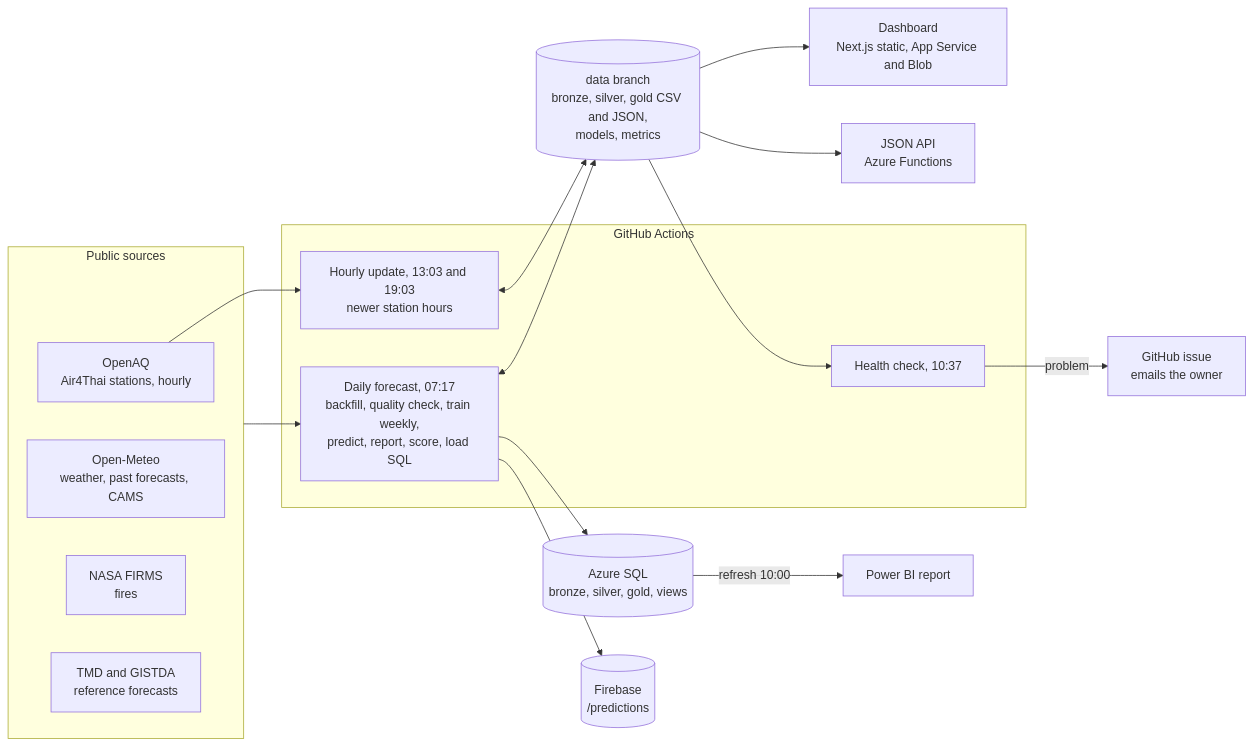
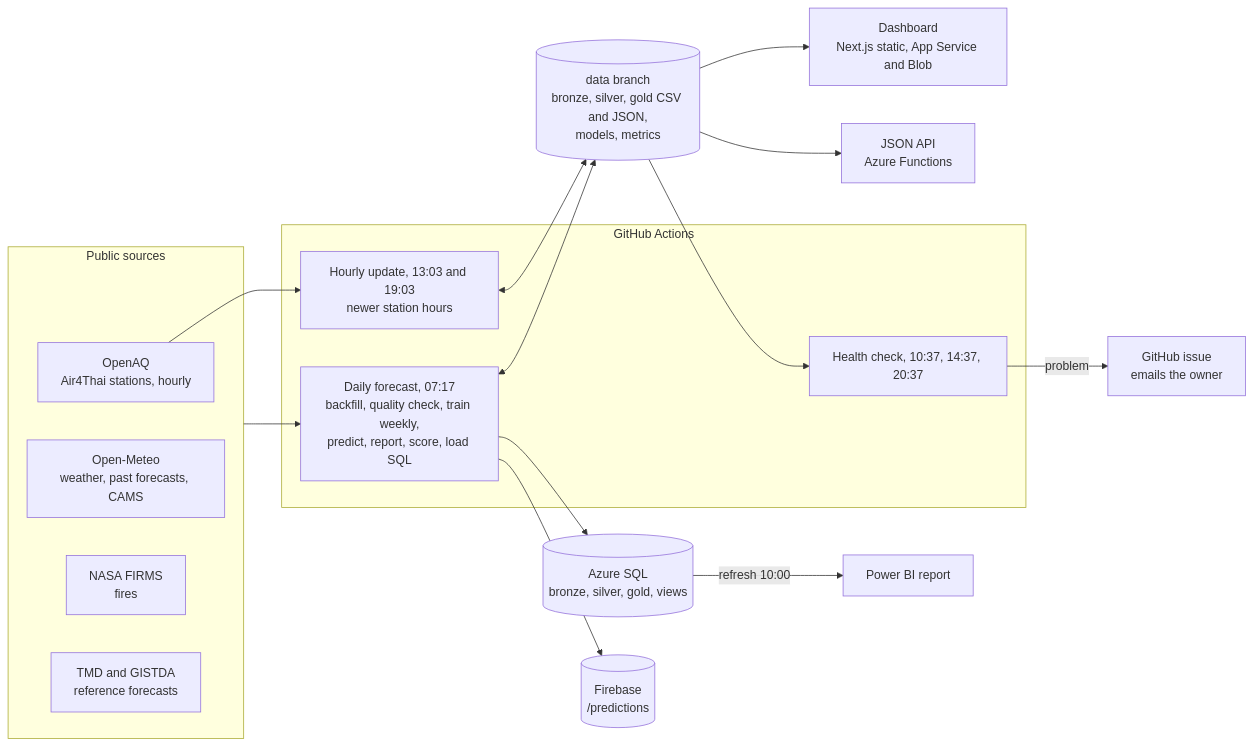
One commit to Putinun-te/Temp_PM25_Predict changed the diagram in README.md. Above: the diagram before and after it, drawn with Mermaid. The commit also changed other lines of this file and 12 other files, not shown here.

````diff
--- a/README.md
+++ b/README.md
@@ -9,25 +9,25 @@
 ```mermaid
 flowchart LR
     subgraph SRC["Public sources"]
         OA["OpenAQ<br/>Air4Thai stations, hourly"]
         OM["Open-Meteo<br/>weather, past forecasts, CAMS"]
         FI["NASA FIRMS<br/>fires"]
         TM["TMD and GISTDA<br/>reference forecasts"]
     end
     subgraph GA["GitHub Actions"]
         D["Daily forecast, 07:17<br/>backfill, quality check, train weekly,<br/>predict, report, score, load SQL"]
         H["Hourly update, 13:03 and 19:03<br/>newer station hours"]
-        HC["Health check, 10:37"]
+        HC["Health check, 10:37, 14:37, 20:37"]
     end
     SRC --> D
     OA --> H
     D <--> DB[("data branch<br/>bronze, silver, gold CSV and JSON,<br/>models, metrics")]
     H <--> DB
     DB --> HC
     HC -->|"problem"| IS["GitHub issue<br/>emails the owner"]
     D --> SQL[("Azure SQL<br/>bronze, silver, gold, views")]
     SQL -->|"refresh 10:00"| PBI["Power BI report"]
     DB --> WEB["Dashboard<br/>Next.js static, App Service and Blob"]
     DB --> API["JSON API<br/>Azure Functions"]
     D --> FB[("Firebase<br/>/predictions")]
 ```
````
